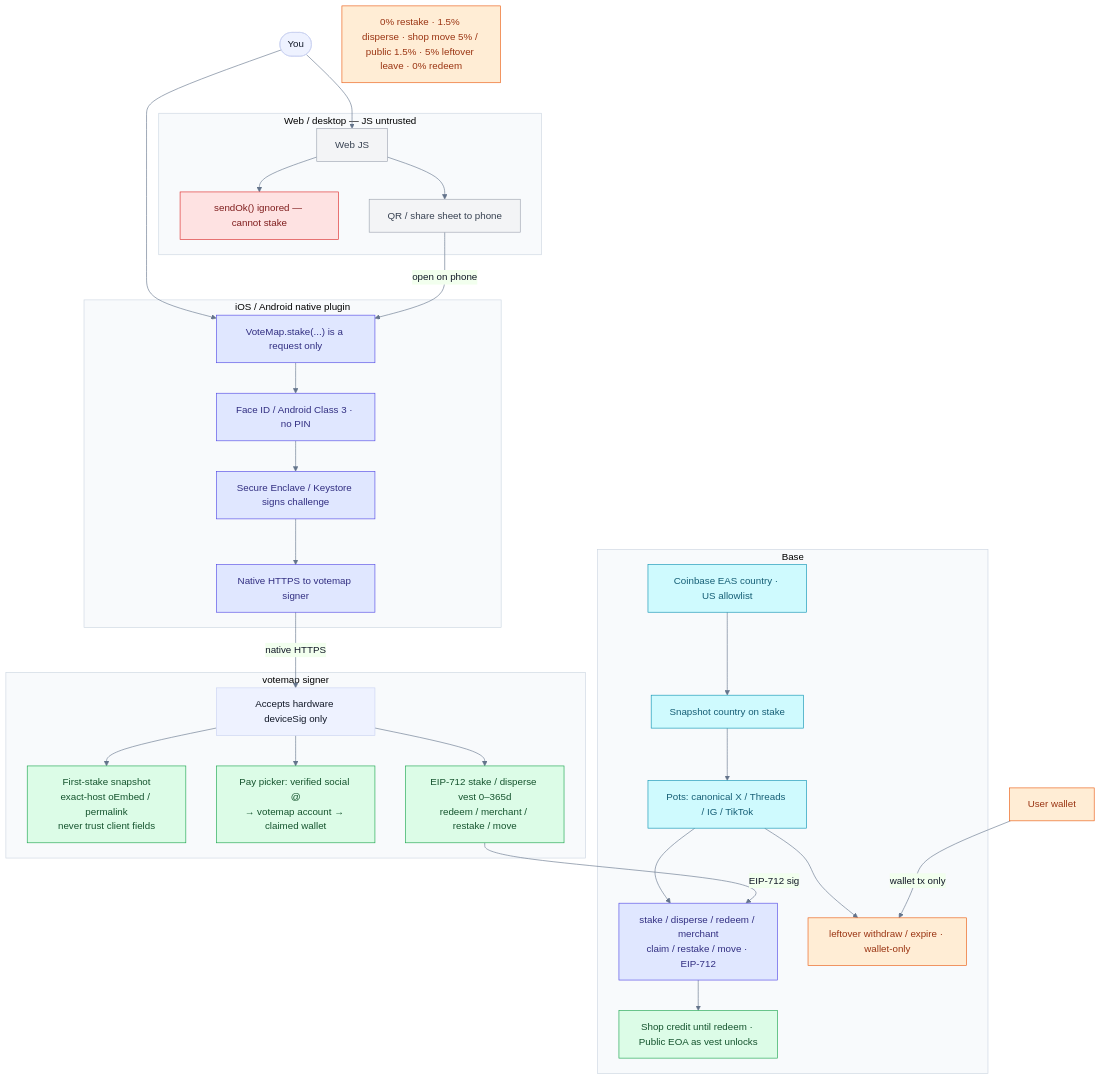
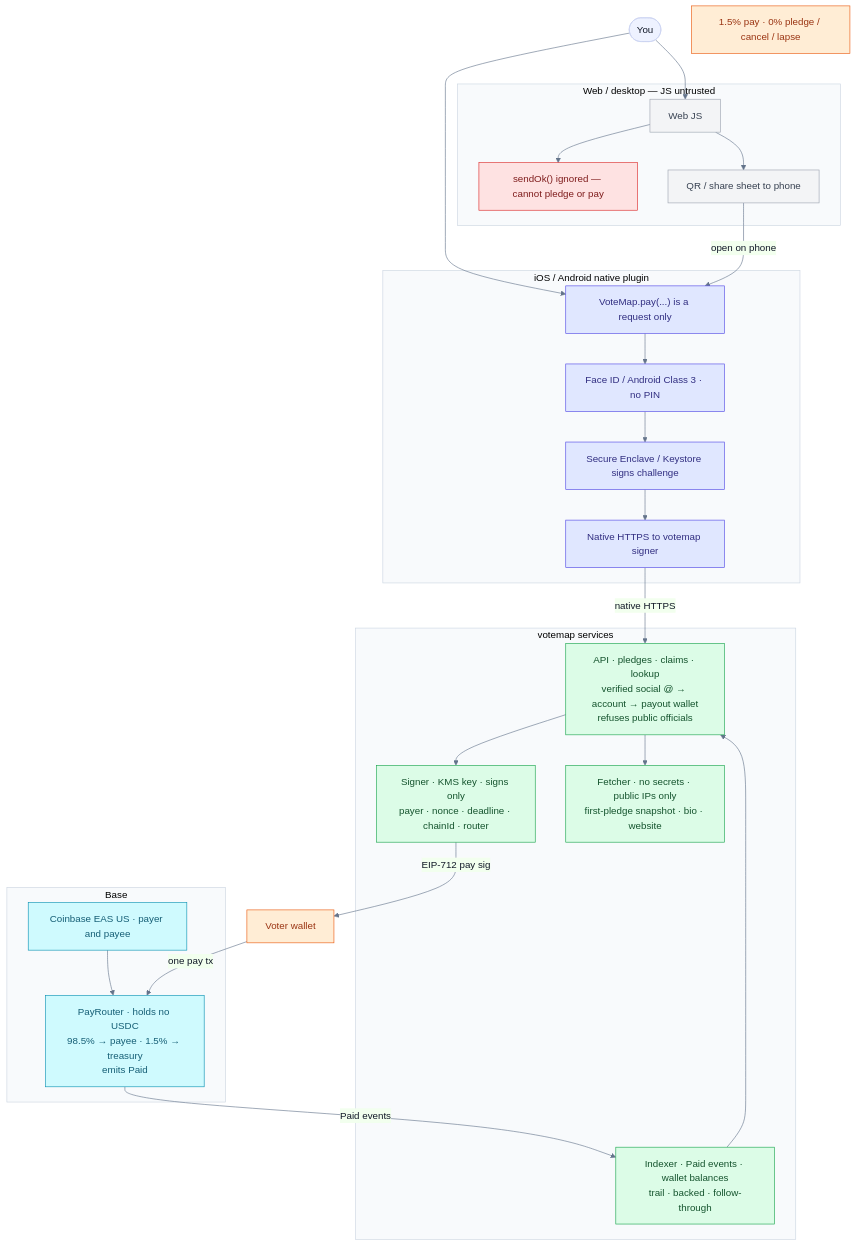
The second of 3 diagrams in spec/flows.md (isaacy13/votemap.net), drawn with Mermaid before and after one commit. The commit also changed other lines of this file and 15 other files, not shown here.

````diff
--- a/spec/flows.md
+++ b/spec/flows.md
@@ -122,66 +111,60 @@
 ```mermaid
 %%{init: {"theme":"base","themeVariables":{"fontFamily":"Inter, system-ui, sans-serif","primaryColor":"#eef2ff","primaryTextColor":"#111827","lineColor":"#64748b","clusterBkg":"#f8fafc","clusterBorder":"#cbd5e1"}}}%%
 flowchart TB
   You([You]) --> WebJS
   You --> Plugin
 
   subgraph web ["Web / desktop — JS untrusted"]
     WebJS["Web JS"]
-    SendOk["sendOk() ignored — cannot stake"]
+    SendOk["sendOk() ignored — cannot pledge or pay"]
     QR["QR / share sheet to phone"]
     WebJS --> SendOk
     WebJS --> QR
   end
 
   subgraph native ["iOS / Android native plugin"]
-    Plugin["VoteMap.stake(...) is a request only"]
+    Plugin["VoteMap.pay(...) is a request only"]
     Face["Face ID / Android Class 3 · no PIN"]
     HW["Secure Enclave / Keystore signs challenge"]
     HTTPS["Native HTTPS to votemap signer"]
     Plugin --> Face --> HW --> HTTPS
   end
 
   QR -->|open on phone| Plugin
 
-  subgraph signerBox ["votemap signer"]
-    Signer["Accepts hardware deviceSig only"]
-    Snap["First-stake snapshot<br/>exact-host oEmbed / permalink<br/>never trust client fields"]
-    Lookup["Pay picker: verified social @<br/>→ votemap account → claimed wallet"]
-    EIP["EIP-712 stake / disperse vest 0–365d<br/>redeem / merchant / restake / move"]
-    Signer --> Snap
-    Signer --> Lookup
-    Signer --> EIP
+  subgraph server ["votemap services"]
+    API["API · pledges · claims · lookup<br/>verified social @ → account → payout wallet<br/>refuses public officials"]
+    Signer["Signer · KMS key · signs only<br/>payer · nonce · deadline · chainId · router"]
+    Fetcher["Fetcher · no secrets · public IPs only<br/>first-pledge snapshot · bio · website"]
+    Indexer["Indexer · Paid events · wallet balances<br/>trail · backed · follow-through"]
+    API --> Signer
+    API --> Fetcher
+    Indexer --> API
   end
 
-  HTTPS -->|native HTTPS| Signer
+  HTTPS -->|native HTTPS| API
 
   subgraph base ["Base"]
-    EAS["Coinbase EAS country · US allowlist"]
-    Country["Snapshot country on stake"]
-    Factory["Pots: canonical X / Threads / IG / TikTok"]
-    NeedSig["stake / disperse / redeem / merchant<br/>claim / restake / move · EIP-712"]
-    Stay["Shop credit until redeem · Public EOA as vest unlocks"]
-    WalletOnly["leftover withdraw / expire · wallet-only"]
-    EAS --> Country --> Factory
-    Factory --> NeedSig
-    NeedSig --> Stay
-    Factory --> WalletOnly
+    EAS["Coinbase EAS US · payer and payee"]
+    Router["PayRouter · holds no USDC<br/>98.5% → payee · 1.5% → treasury<br/>emits Paid"]
+    EAS --> Router
   end
 
-  EIP -->|EIP-712 sig| NeedSig
-  Wallet["User wallet"] -->|wallet tx only| WalletOnly
-  Fees["0% restake · 1.5% disperse · shop move 5% / public 1.5% · 5% leftover leave · 0% redeem"]
+  Signer -->|EIP-712 pay sig| Wallet["Voter wallet"]
+  Wallet -->|one pay tx| Router
+  Router -->|Paid events| Indexer
+  Fees["1.5% pay · 0% pledge / cancel / lapse"]
 
   classDef grey fill:#f3f4f6,stroke:#9ca3af,color:#374151
   classDef warn fill:#fee2e2,stroke:#dc2626,color:#7f1d1d
   classDef info fill:#e0e7ff,stroke:#4f46e5,color:#312e81
   classDef ok fill:#dcfce7,stroke:#16a34a,color:#14532d
   classDef cyan fill:#cffafe,stroke:#0891b2,color:#155e75
   classDef peach fill:#ffedd5,stroke:#ea580c,color:#9a3412
   class WebJS,QR,Readonly grey
   class SendOk warn
-  class Plugin,Face,HW,HTTPS,NeedSig info
-  class Snap,Lookup,Stay,EIP ok
-  class EAS,Country,Factory cyan
-  class WalletOnly,Wallet,Fees peach
+  class Plugin,Face,HW,HTTPS info
+  class API,Signer,Fetcher,Indexer ok
+  class EAS,Router cyan
+  class Wallet,Fees peach
 ```
````
